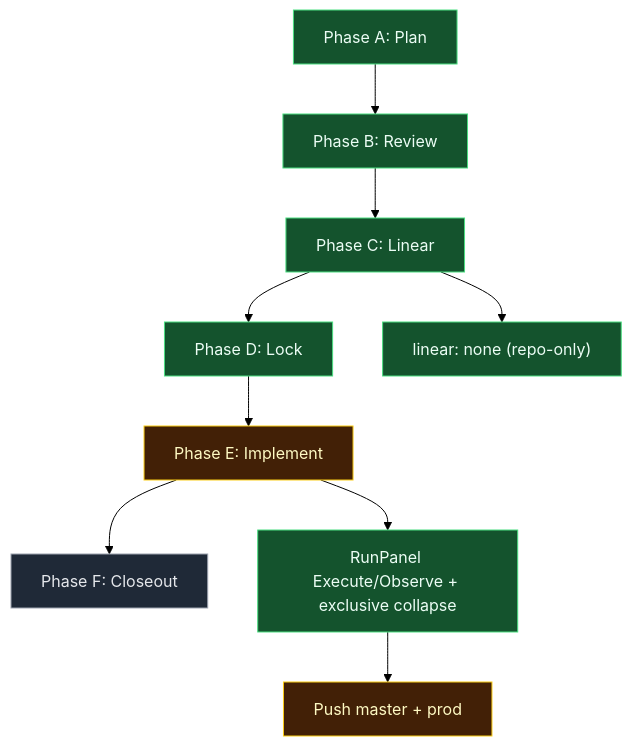
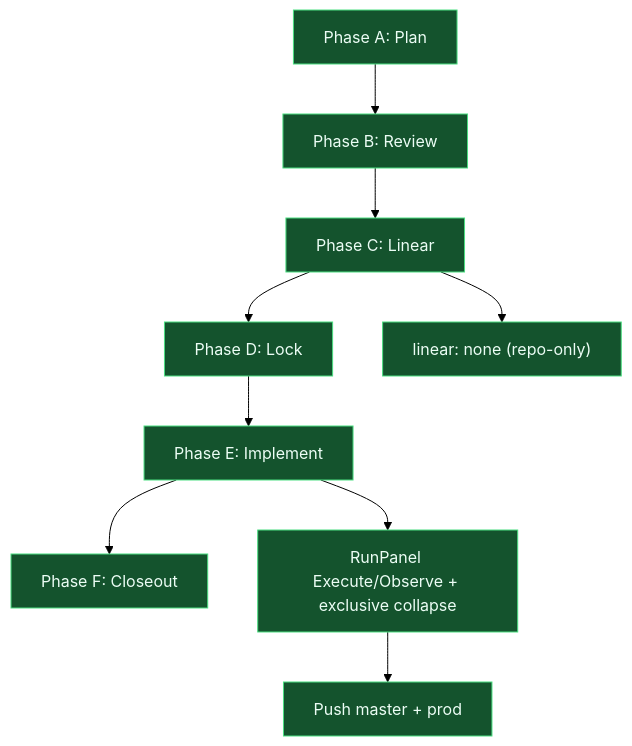
The second of 2 diagrams in docs/planning/features/playground-shell-panels-plan.md (bstockwelldev/agent-graph-builder), drawn with Mermaid (forest theme) before and after one commit. The commit also changed other lines of this file and 2 other files, not shown here.

````diff
--- a/docs/planning/features/playground-shell-panels-plan.md
+++ b/docs/planning/features/playground-shell-panels-plan.md
@@ -478,23 +484,23 @@
 ```mermaid
 flowchart TB
   classDef done fill:#14532d,stroke:#4ade80,color:#ecfdf5
   classDef active fill:#422006,stroke:#facc15,color:#fef9c3
   classDef review fill:#1e3a5f,stroke:#60a5fa,color:#dbeafe
   classDef backlog fill:#1f2937,stroke:#9ca3af,color:#e5e7eb
 
   phase:A["Phase A: Plan"]:::done
   phase:B["Phase B: Review"]:::done
   phase:C["Phase C: Linear"]:::done
   phase:D["Phase D: Lock"]:::done
-  phase:E["Phase E: Implement"]:::active
-  phase:F["Phase F: Closeout"]:::backlog
+  phase:E["Phase E: Implement"]:::done
+  phase:F["Phase F: Closeout"]:::done
 
   issue:none["linear: none (repo-only)"]:::done
 
   step:core["RunPanel Execute/Observe + exclusive collapse"]:::done
-  step:pr["Push master + prod"]:::active
+  step:pr["Push master + prod"]:::done
 
   phase:A --> phase:B --> phase:C --> phase:D --> phase:E --> phase:F
   phase:C --> issue:none
   phase:E --> step:core --> step:pr
 ```
````
